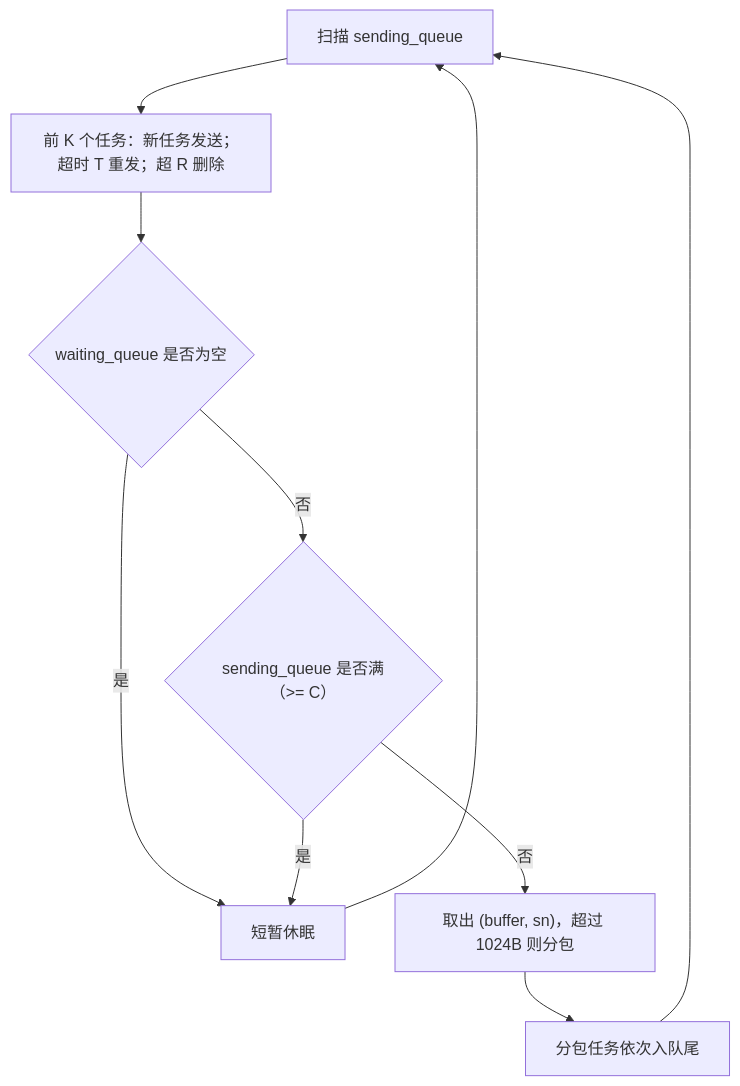
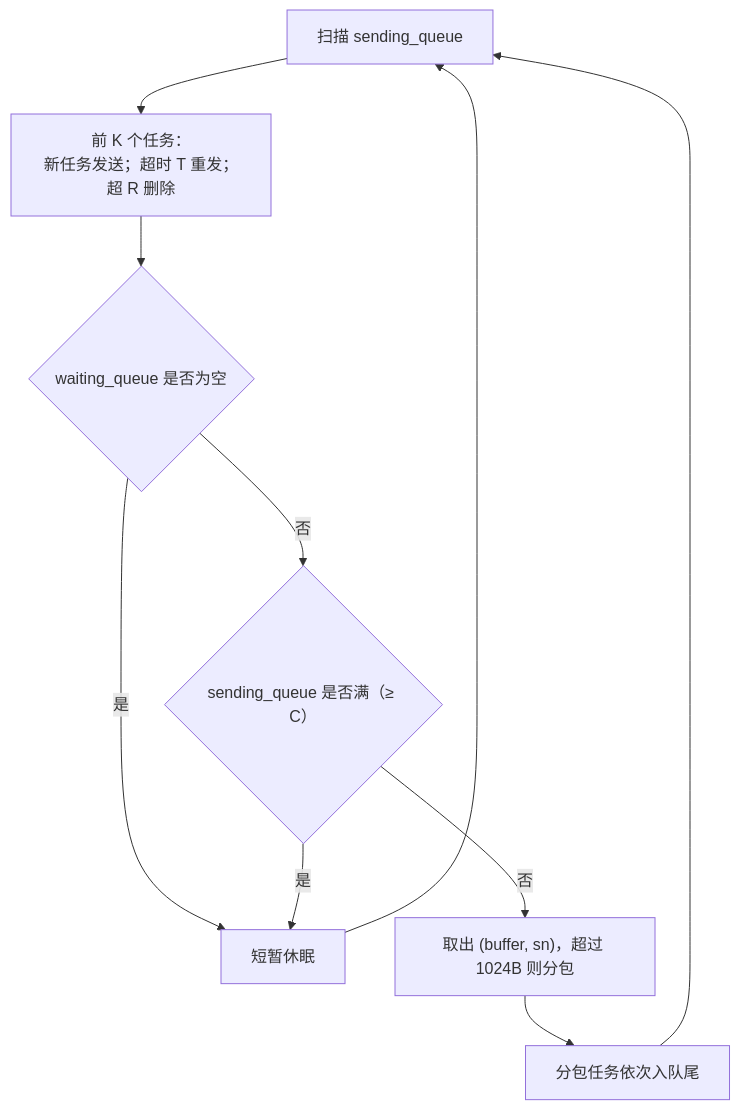
One commit to moky/magpie changed the first of 2 diagrams in docs/client.md. Above: the diagram before and after it, drawn with Mermaid. The commit also changed other lines of this file and 9 other files, not shown here.

````diff
--- a/docs/client.md
+++ b/docs/client.md
@@ -48,10 +49,10 @@
 ```mermaid
 flowchart TD
-    A["扫描 sending_queue"] --> B["前 K 个任务：新任务发送；超时 T 重发；超 R 删除"]
+    A["扫描 sending_queue"] --> B["前 K 个任务：<br/>新任务发送；超时 T 重发；超 R 删除"]
     B --> C{"waiting_queue 是否为空"}
     C -->|"是"| Sleep["短暂休眠"] --> A
-    C -->|"否"| D{"sending_queue 是否满（>= C）"}
+    C -->|"否"| D{"sending_queue 是否满（≥ C）"}
     D -->|"是"| Sleep
     D -->|"否"| E["取出 (buffer, sn)，超过 1024B 则分包"]
     E --> F["分包任务依次入队尾"] --> A
 ```
````
